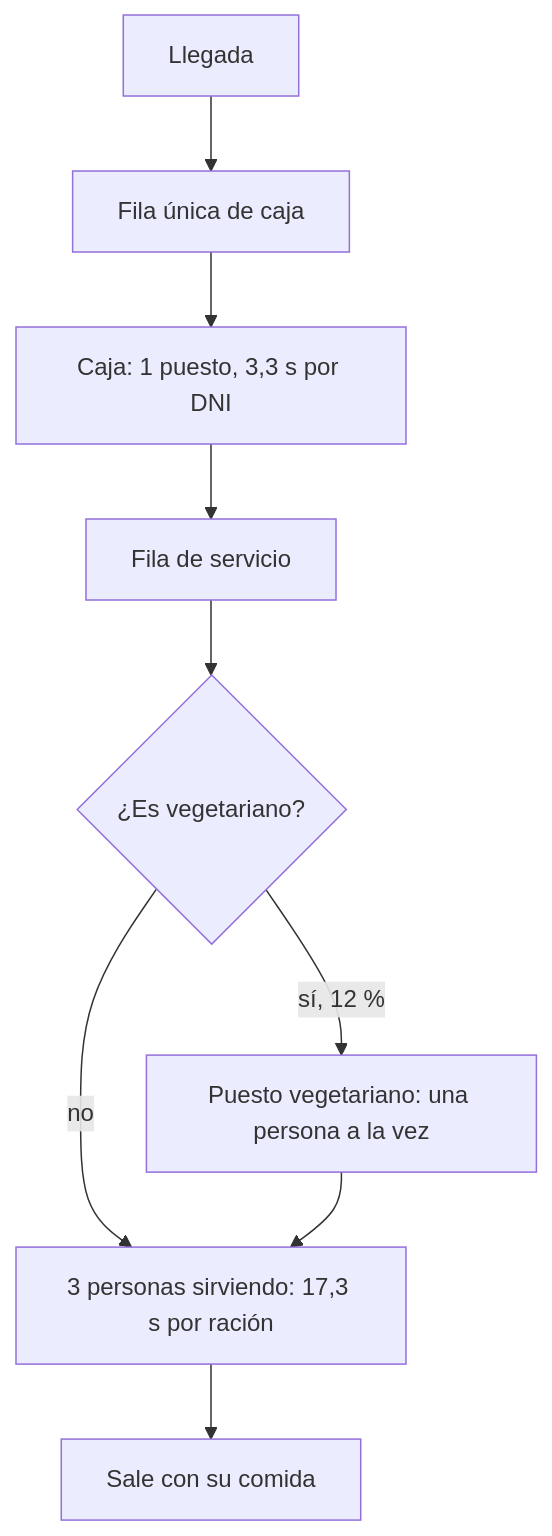
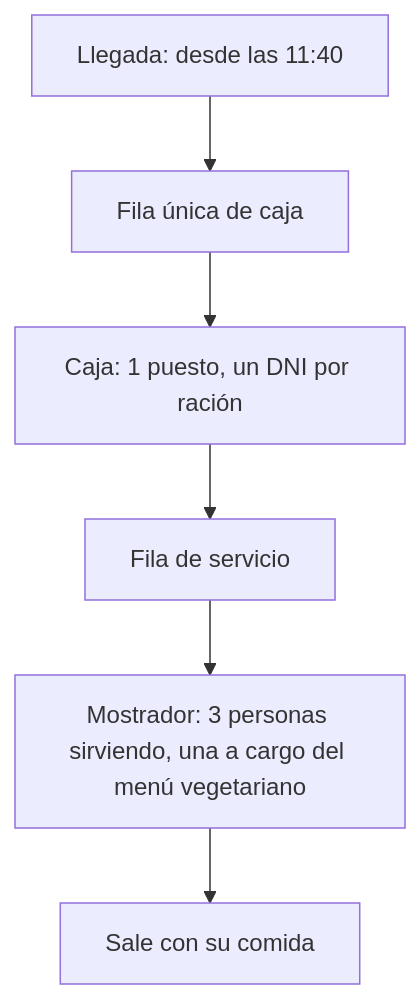
One commit to JHProyectos/tpi-simulacion-2026 changed the diagram in flexsim/EXPLICACION.md. Above: the diagram before and after it, drawn with Mermaid. The commit also changed other lines of this file, not shown here.

First line of the commit message:
EXPLICACION.md: explicación del avance para la cátedra

````diff
--- a/flexsim/EXPLICACION.md
+++ b/flexsim/EXPLICACION.md
@@ -17,11 +31,8 @@
 ```mermaid
 flowchart TB
-    A["Llegada"] --> B["Fila única de caja"]
-    B --> C["Caja: 1 puesto, 3,3 s por DNI"]
+    A["Llegada: desde las 11:40"] --> B["Fila única de caja"]
+    B --> C["Caja: 1 puesto, un DNI por ración"]
     C --> D["Fila de servicio"]
-    D --> E{"¿Es vegetariano?"}
-    E -->|"sí, 12 %"| F["Puesto vegetariano: una persona a la vez"]
-    E -->|"no"| G["3 personas sirviendo: 17,3 s por ración"]
-    F --> G
-    G --> H["Sale con su comida"]
+    D --> E["Mostrador: 3 personas sirviendo, una a cargo del menú vegetariano"]
+    E --> F["Sale con su comida"]
 ```
````
